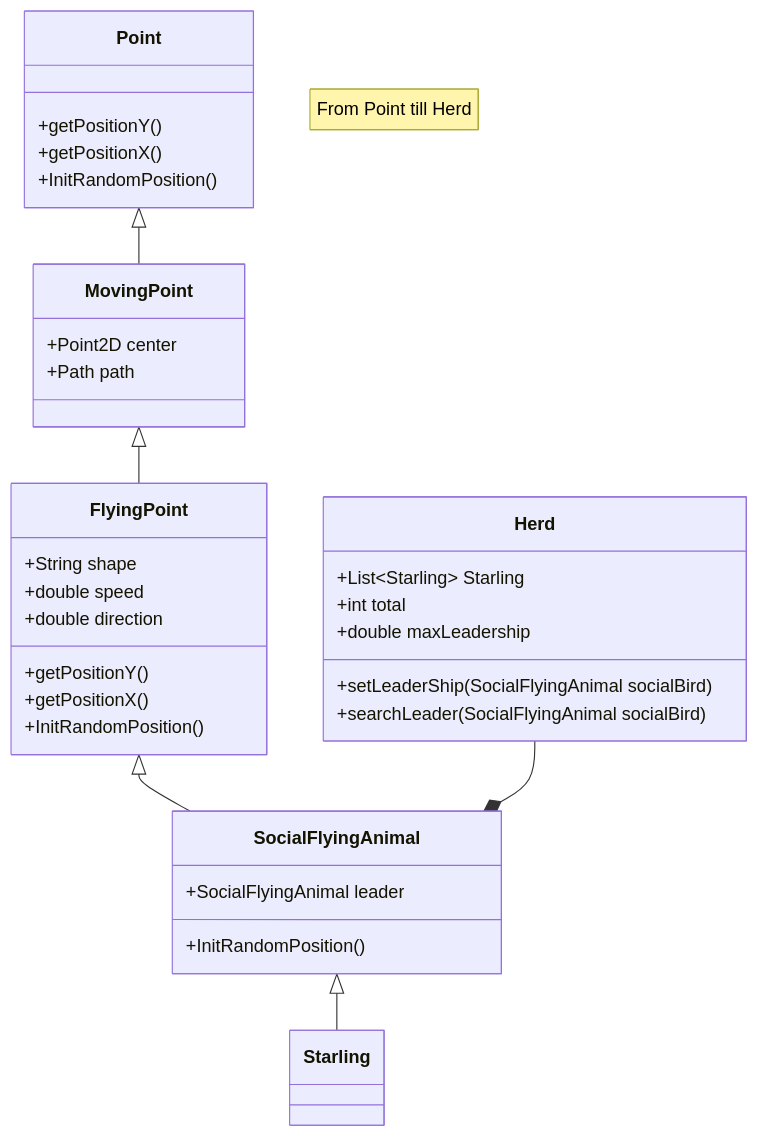
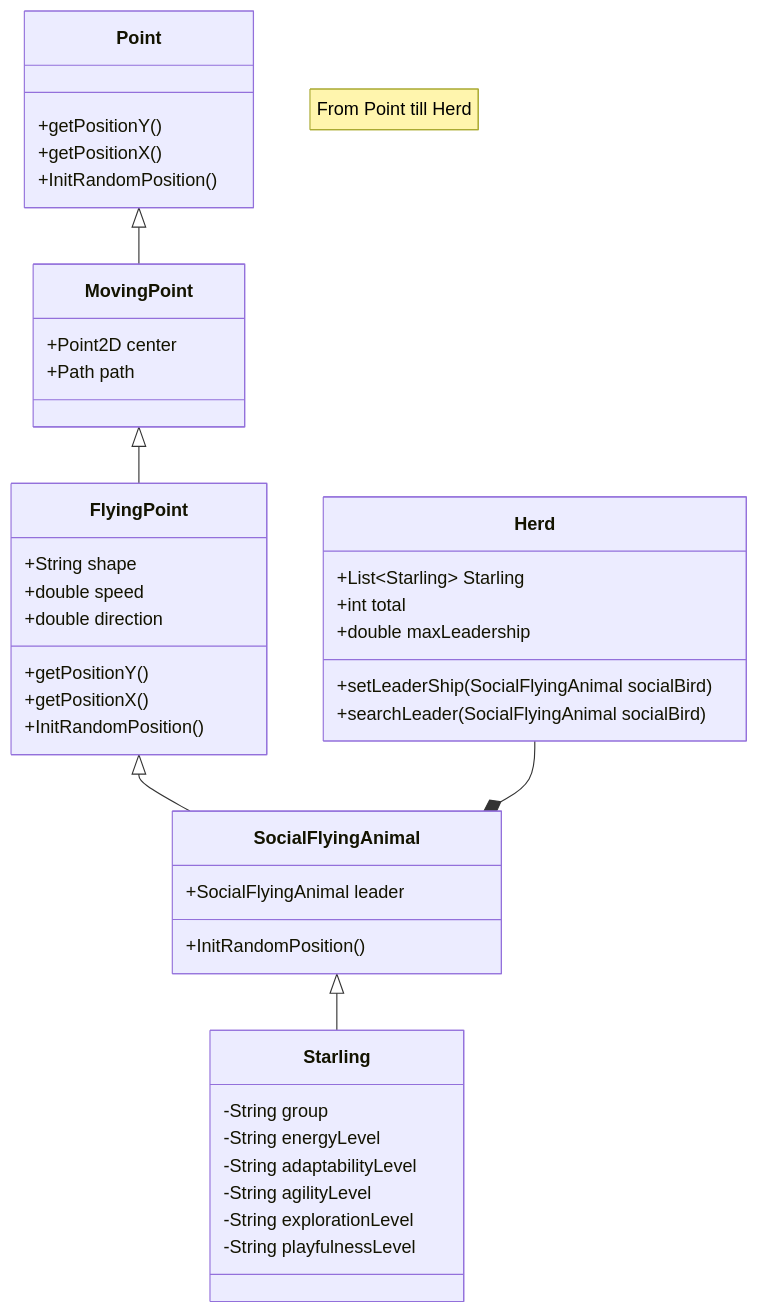
The diagram in README.md (subtitular/flight_of_the_starling), drawn with Mermaid before and after one commit.

Commit message:
Agrego propiedades de clase a starlings

````diff
--- a/README.md
+++ b/README.md
@@ -9,42 +9,47 @@
 ```mermaid
 classDiagram
     note "From Point till Herd"
     Point <|-- MovingPoint
     MovingPoint <|-- FlyingPoint
     FlyingPoint <|-- SocialFlyingAnimal
     SocialFlyingAnimal <|-- Starling
     Herd--*SocialFlyingAnimal
     class Point{
         +getPositionY()
         +getPositionX()
         +InitRandomPosition()
     }
     class MovingPoint{
         +Point2D center
         +Path path
     }
     class FlyingPoint{
         +String shape
         +double speed
         +double direction
         +getPositionY()
         +getPositionX()
         +InitRandomPosition()
     }
     class SocialFlyingAnimal{
         +SocialFlyingAnimal leader
         +InitRandomPosition()
     }
     class Starling {
-
+        -String group
+        -String energyLevel
+        -String adaptabilityLevel
+        -String agilityLevel
+        -String explorationLevel
+        -String playfulnessLevel
     }
     class Herd{
         +List~Starling~  Starling
         +int total
         +double maxLeadership
         +setLeaderShip(SocialFlyingAnimal socialBird)
         +searchLeader(SocialFlyingAnimal socialBird)
     }
 
 
 ```
````
